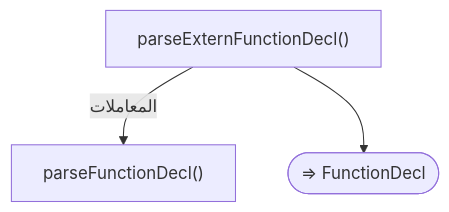
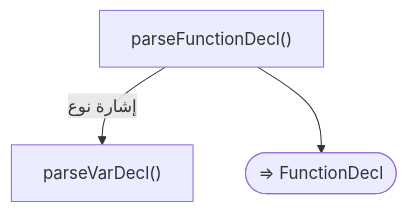
Before and after one commit to sadlang/sadlang: diagram 14 of 17 in docs/parser_rule/_generated/20_declarations.md, drawn with Mermaid. The commit also changed other lines of this file and 49 other files, not shown here.

````diff
--- a/docs/parser_rule/_generated/20_declarations.md
+++ b/docs/parser_rule/_generated/20_declarations.md
@@ -509,8 +510,8 @@
 ```mermaid
 flowchart TD
-  f1["parseExternFunctionDecl()"]
-  f2["parseFunctionDecl()"]
-  f1 -- "المعاملات" --> f2
+  f1["parseFunctionDecl()"]
+  f2["parseVarDecl()"]
+  f1 -- "إشارة نوع" --> f2
   f3(["⇒ FunctionDecl"])
   f1 --> f3
 ```
````
